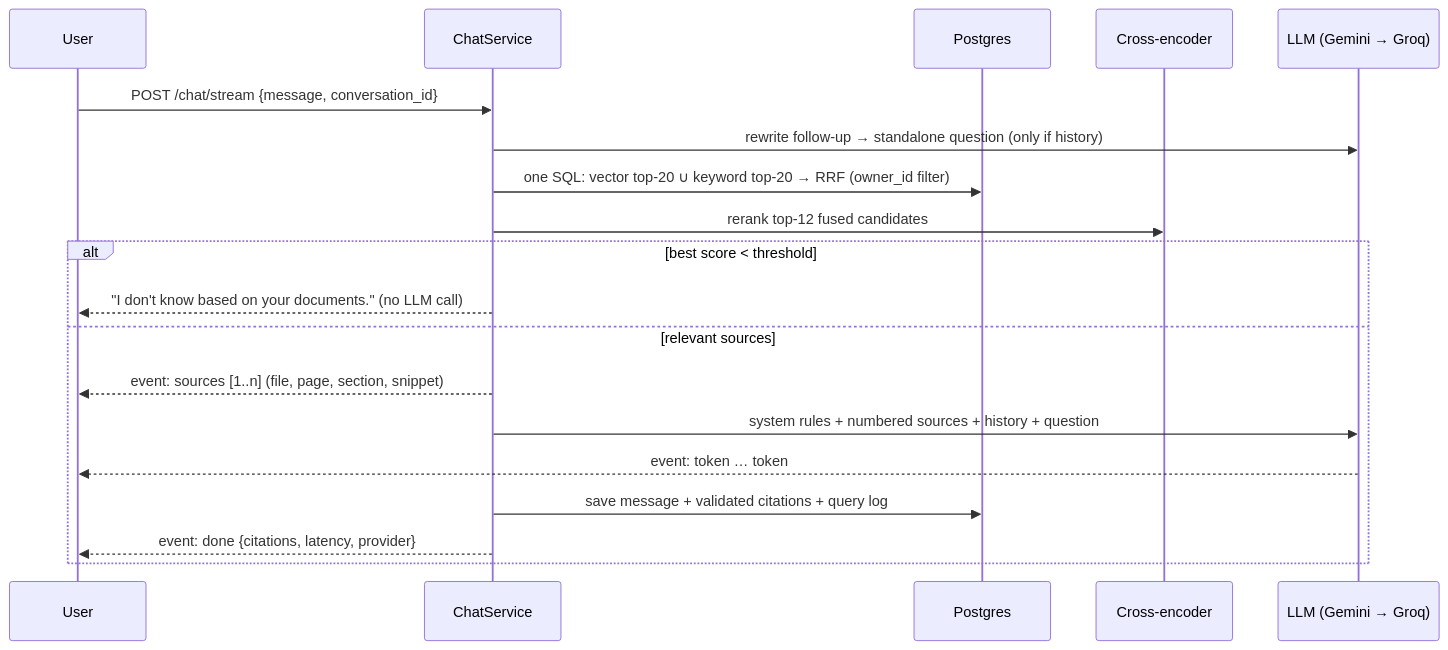
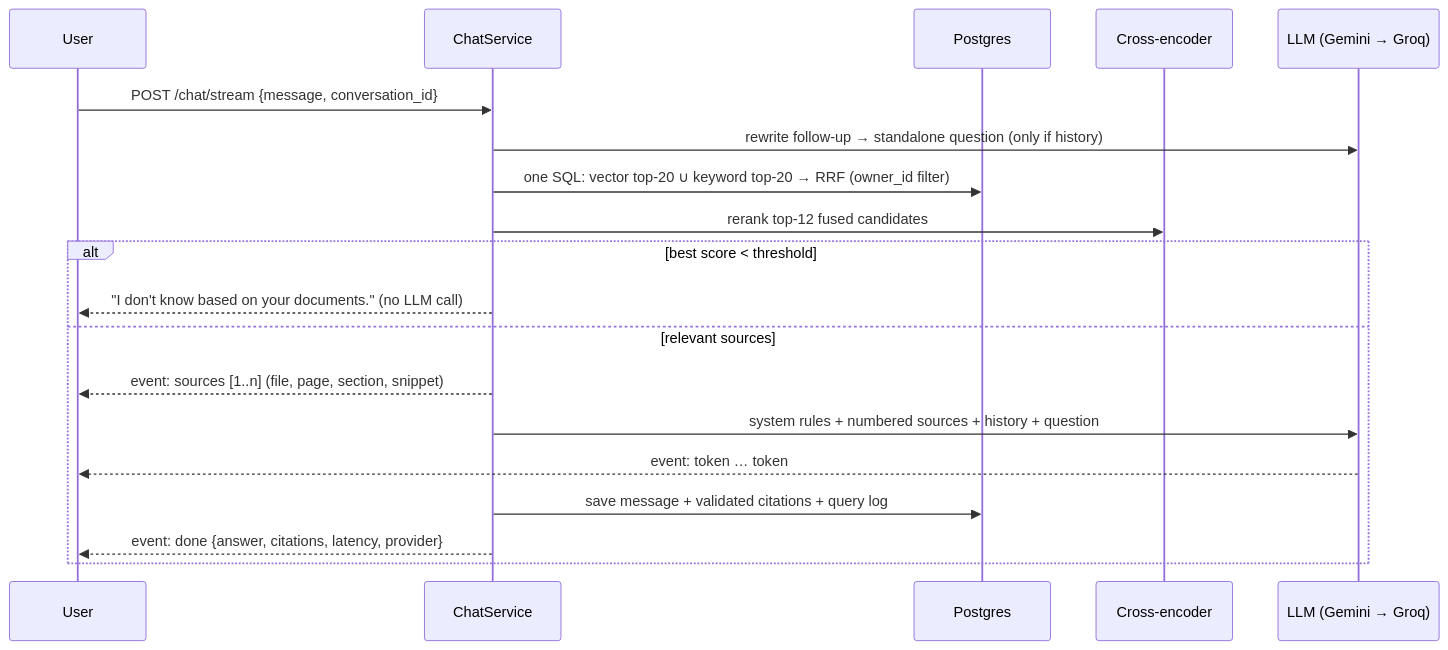
Before and after one commit to SRASHTI2004/TechPrep-AI: the second of 3 diagrams in README.md, drawn with Mermaid. The commit also changed other lines of this file and 32 other files, not shown here.

````diff
--- a/README.md
+++ b/README.md
@@ -61,21 +64,21 @@
 ```mermaid
 sequenceDiagram
   participant U as User
   participant API as ChatService
   participant DB as Postgres
   participant X as Cross-encoder
   participant L as LLM (Gemini → Groq)
   U->>API: POST /chat/stream {message, conversation_id}
   API->>L: rewrite follow-up → standalone question (only if history)
   API->>DB: one SQL: vector top-20 ∪ keyword top-20 → RRF (owner_id filter)
   API->>X: rerank top-12 fused candidates
   alt best score < threshold
     API-->>U: "I don't know based on your documents." (no LLM call)
   else relevant sources
     API-->>U: event: sources [1..n] (file, page, section, snippet)
     API->>L: system rules + numbered sources + history + question
     L-->>U: event: token … token
     API->>DB: save message + validated citations + query log
-    API-->>U: event: done {citations, latency, provider}
+    API-->>U: event: done {answer, citations, latency, provider}
   end
 ```
````
